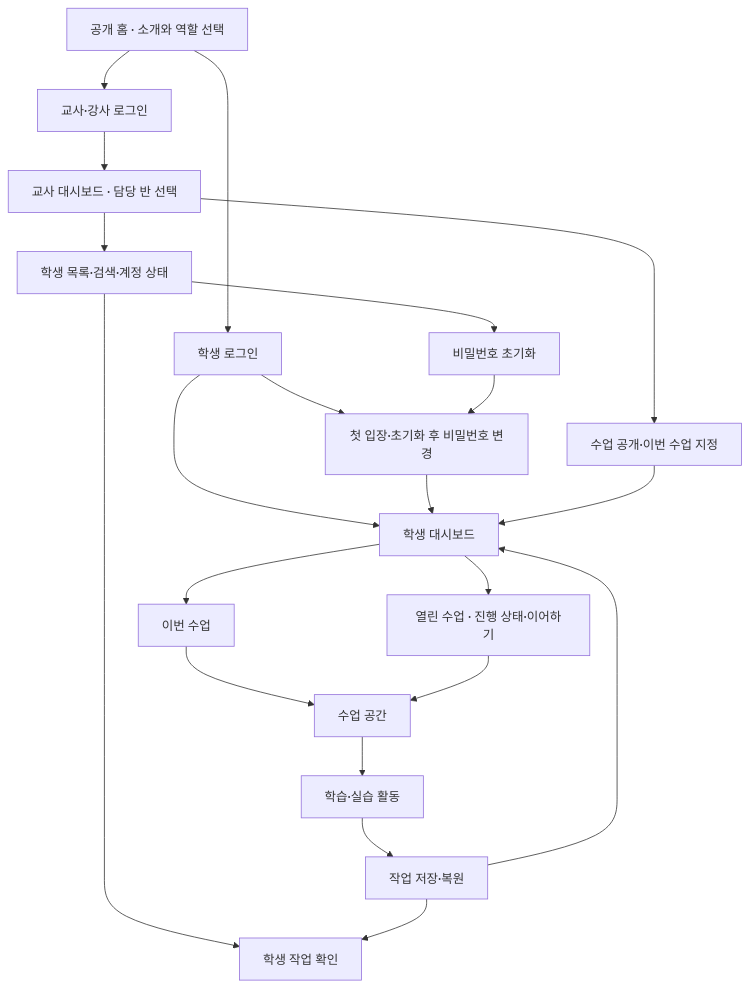
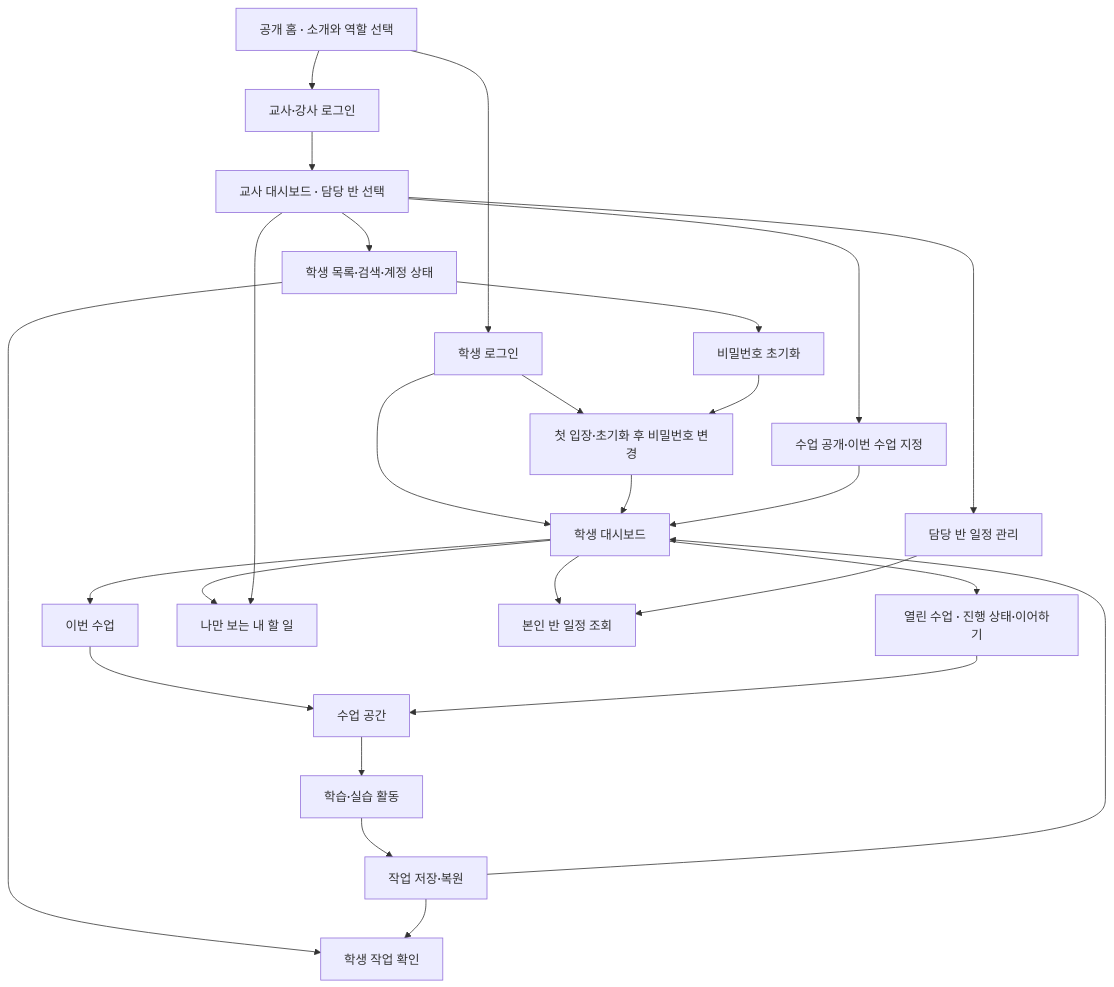
One commit to DonghyunT/cs-class changed the diagram in docs/PRD.md. Above: the diagram before and after it, drawn with Mermaid. The commit also changed other lines of this file and 40 other files, not shown here.

Commit message:
feat: add shared dashboard todos and class schedule pilot

````diff
--- a/docs/PRD.md
+++ b/docs/PRD.md
@@ -32,23 +32,28 @@
 ```mermaid
 flowchart TD
     home["공개 홈 · 소개와 역할 선택"] --> studentLogin["학생 로그인"]
     home --> staffLogin["교사·강사 로그인"]
     studentLogin --> password["첫 입장·초기화 후 비밀번호 변경"]
     studentLogin --> student["학생 대시보드"]
     password --> student
     student --> current["이번 수업"]
     student --> opened["열린 수업 · 진행 상태·이어하기"]
+    student --> todos["나만 보는 내 할 일"]
+    student --> schedule["본인 반 일정 조회"]
     current --> classroom["수업 공간"]
     opened --> classroom
     classroom --> activity["학습·실습 활동"]
     activity --> save["작업 저장·복원"]
     save --> student
     staffLogin --> teacher["교사 대시보드 · 담당 반 선택"]
+    teacher --> todos
+    teacher --> staffSchedule["담당 반 일정 관리"]
+    staffSchedule --> schedule
     teacher --> manage["수업 공개·이번 수업 지정"]
     manage --> student
     teacher --> students["학생 목록·검색·계정 상태"]
     students --> reset["비밀번호 초기화"]
     reset --> password
     students --> work["학생 작업 확인"]
     save --> work
 ```
````
